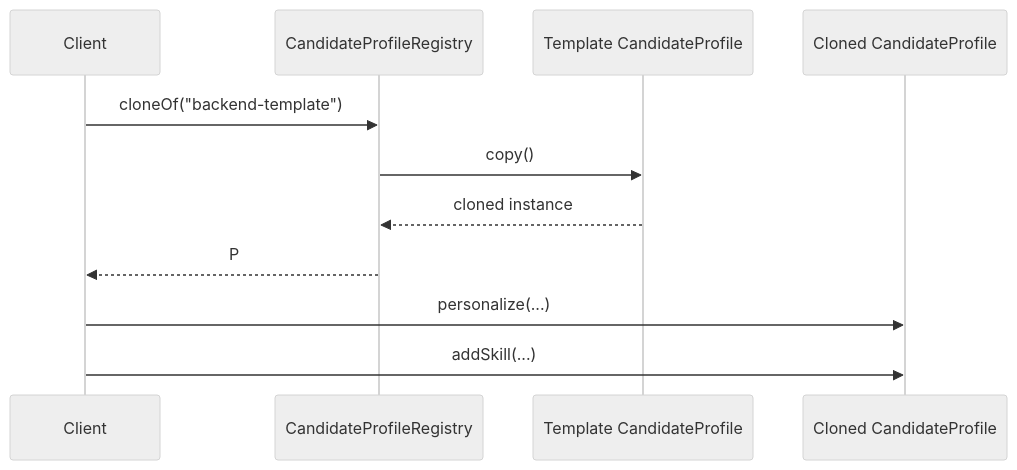
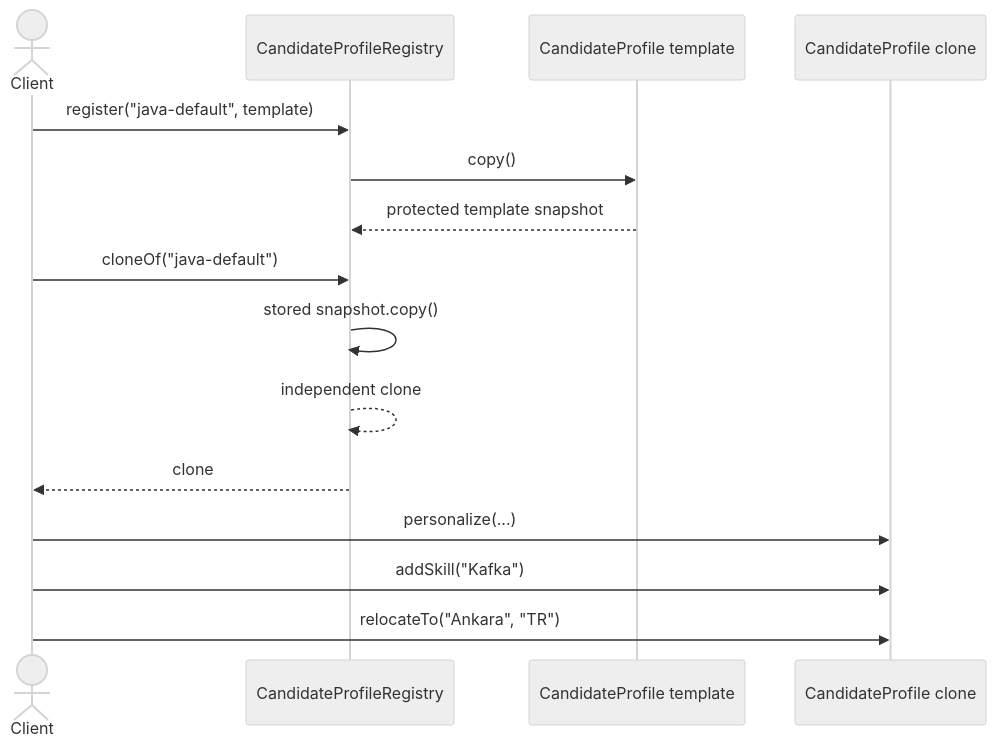
Before and after one commit to TunahanCan/design_pattern: the second of 2 diagrams in src/main/java/com/can/creational/prototype/explain/prototype.md, drawn with Mermaid (neutral theme). The commit also changed other lines of this file and 171 other files, not shown here.

````diff
--- a/src/main/java/com/can/creational/prototype/explain/prototype.md
+++ b/src/main/java/com/can/creational/prototype/explain/prototype.md
@@ -77,14 +140,18 @@
 ```mermaid
 sequenceDiagram
-    participant C as Client
-    participant R as CandidateProfileRegistry
-    participant T as Template CandidateProfile
-    participant P as Cloned CandidateProfile
+    actor Client
+    participant Registry as CandidateProfileRegistry
+    participant Template as CandidateProfile template
+    participant Clone as CandidateProfile clone
 
-    C->>R: cloneOf("backend-template")
-    R->>T: copy()
-    T-->>R: cloned instance
-    R-->>C: P
-    C->>P: personalize(...)
-    C->>P: addSkill(...)
+    Client->>Registry: register("java-default", template)
+    Registry->>Template: copy()
+    Template-->>Registry: protected template snapshot
+    Client->>Registry: cloneOf("java-default")
+    Registry->>Registry: stored snapshot.copy()
+    Registry-->>Registry: independent clone
+    Registry-->>Client: clone
+    Client->>Clone: personalize(...)
+    Client->>Clone: addSkill("Kafka")
+    Client->>Clone: relocateTo("Ankara", "TR")
 ```
````
